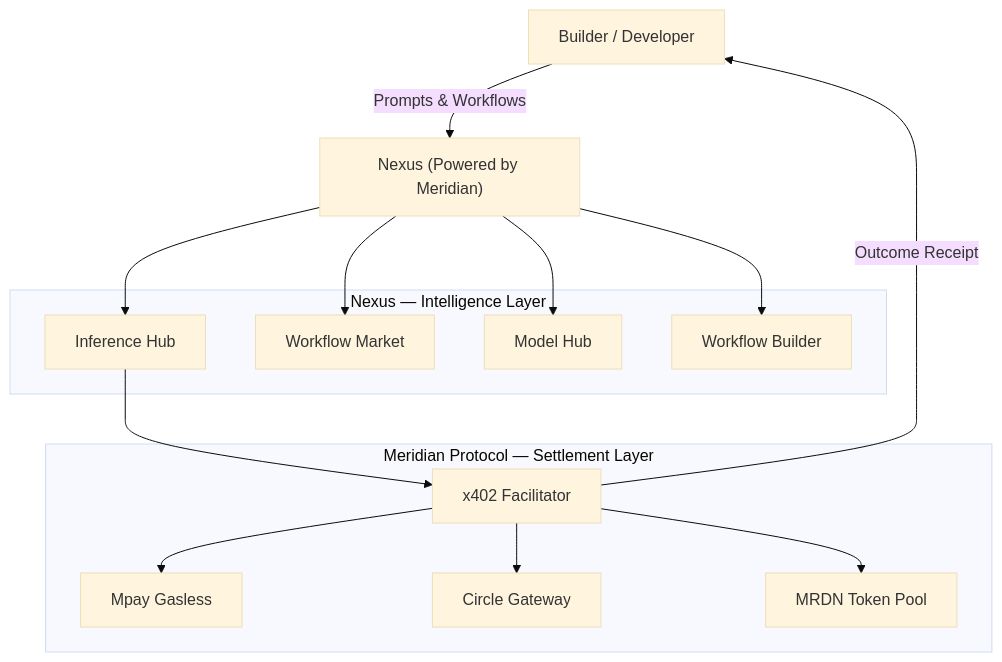
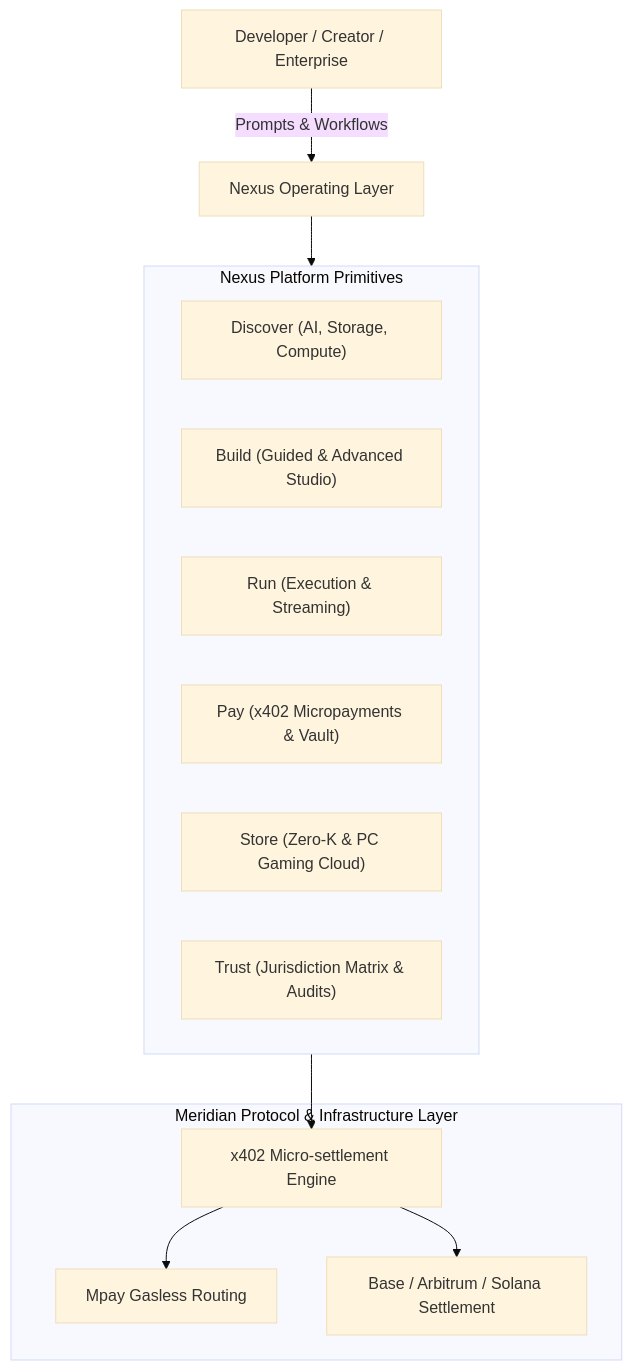
One commit to johnparente97/M.NexusPhase1 changed the diagram in README.md. Above: the diagram before and after it, drawn with Mermaid (base theme). The commit also changed other lines of this file and 11 other files, not shown here.

Commit message:
feat: implement core platform pillars including storage, compute, and DeFi marketplaces, trust center, and agent policy management.

````diff
--- a/README.md
+++ b/README.md
@@ -30,28 +34,24 @@
 ```mermaid
 graph TD
-    User["Builder / Developer"] -->|Prompts & Workflows| NexusUI["Nexus (Powered by Meridian)"]
+    User["Developer / Creator / Enterprise"] -->|Prompts & Workflows| NexusApp["Nexus Operating Layer"]
 
-    subgraph NexusLayer["Nexus — Intelligence Layer"]
-        InfHub["Inference Hub"]
-        WFMarket["Workflow Market"]
-        ModelHub["Model Hub"]
-        Studio["Workflow Builder"]
+    subgraph Pillars["Nexus Platform Primitives"]
+        Discover["Discover (AI, Storage, Compute)"]
+        Build["Build (Guided & Advanced Studio)"]
+        Run["Run (Execution & Streaming)"]
+        Pay["Pay (x402 Micropayments & Vault)"]
+        Store["Store (Zero-K & PC Gaming Cloud)"]
+        Trust["Trust (Jurisdiction Matrix & Audits)"]
     end
 
-    subgraph ProtocolLayer["Meridian Protocol — Settlement Layer"]
-        x402["x402 Facilitator"]
-        Mpay["Mpay Gasless"]
-        Gateway["Circle Gateway"]
-        Token["MRDN Token Pool"]
+    subgraph Meridian["Meridian Protocol & Infrastructure Layer"]
+        x402["x402 Micro-settlement Engine"]
+        Mpay["Mpay Gasless Routing"]
+        Settlement["Base / Arbitrum / Solana Settlement"]
     end
 
-    NexusUI --> InfHub
-    NexusUI --> WFMarket
-    NexusUI --> ModelHub
-    NexusUI --> Studio
-    InfHub --> x402
+    NexusApp --> Pillars
+    Pillars --> x402
     x402 --> Mpay
-    x402 --> Gateway
-    x402 --> Token
-    x402 -->|Outcome Receipt| User
+    x402 --> Settlement
 ```
````
